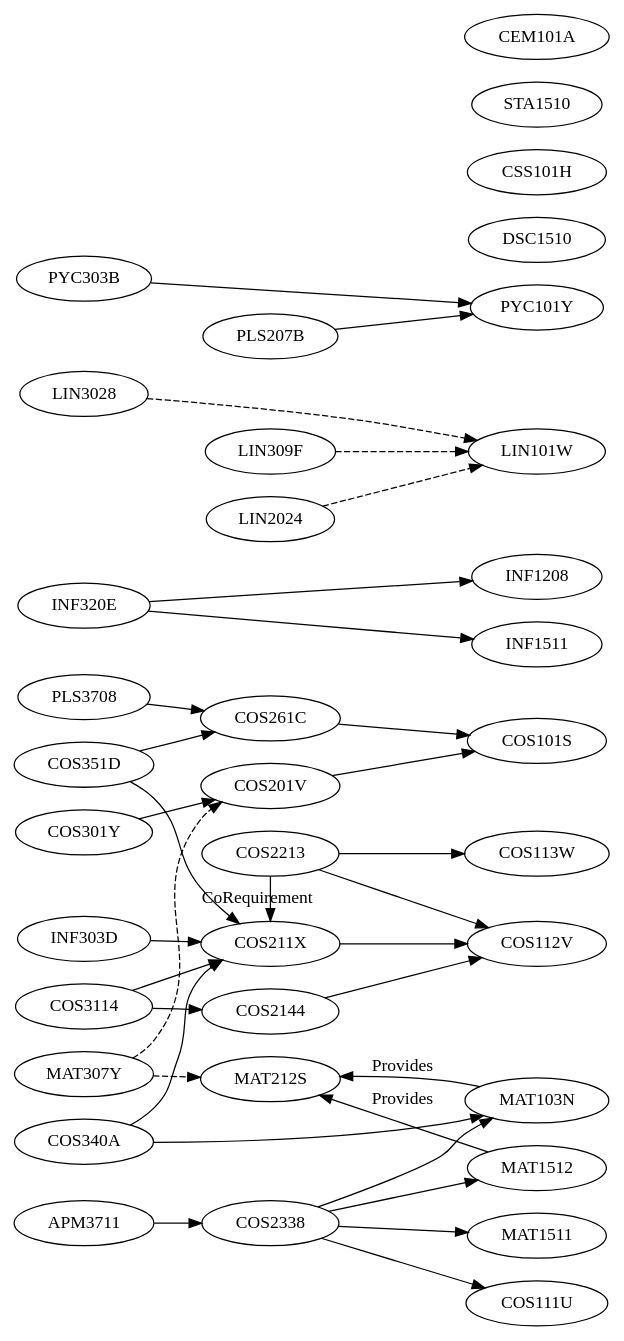
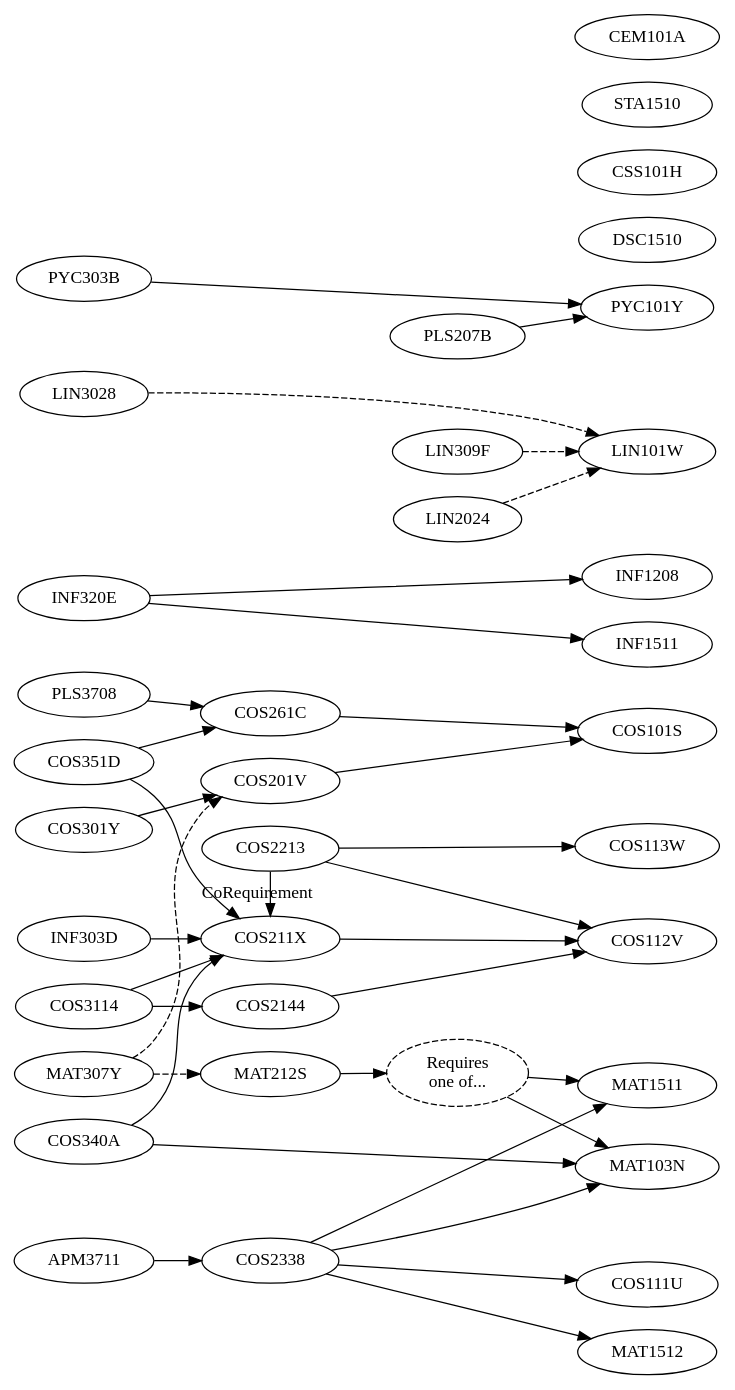
One commit to apauley/unisa-module-graph changed the diagram in ComputationalIntelligence.dot. Above: the diagram before and after it, drawn with Graphviz.

Commit message:
Replace "provides" backpointers with "require one of..."

```diff
--- a/ComputationalIntelligence.dot
+++ b/ComputationalIntelligence.dot
@@ -1,47 +1,45 @@
 digraph ComputationalIntelligence {
     rankdir=LR
 
     {rank=same; COS301Y INF320E COS351D PLS3708}
     {rank=same; COS3114 APM3711 MAT307Y COS340A}
     {rank=same; INF303D LIN3028 PYC303B}
 
     {rank=same; COS201V COS211X COS261C COS2144}
     {rank=same; COS2213 COS2338 MAT212S}
     {rank=same; LIN309F LIN2024 PLS207B}
 
     {rank=same; COS101S COS112V COS113W INF1208 MAT1512 MAT1511 MAT103N PYC101Y COS111U LIN101W INF1511}
     {rank=same; DSC1510 CSS101H STA1510 CEM101A}
     {rank=max; DSC1510 COS101S}
 
     COS301Y -> {COS201V}
     INF320E -> {INF1208 INF1511}
     COS351D -> {COS211X COS261C}
     PLS3708 -> {COS261C}
     PYC303B -> {PYC101Y}
 
     COS3114 -> {COS211X COS2144}
     APM3711 -> {COS2338}
     MAT307Y -> {MAT212S COS201V} [style=dashed]
     INF303D -> {COS211X}
     LIN3028 -> {LIN101W} [style=dashed]
     COS340A -> {COS211X MAT103N}
 
 
     COS201V -> {COS101S}
     COS211X -> {COS112V}
     COS261C -> {COS101S}
     COS2144 -> {COS112V}
 
     {rank=same; COS2213 COS211X}
     COS2213 -> {COS112V COS113W}
     COS2213 -> {COS211X} [label=CoRequirement]
     COS2338 -> {COS111U MAT103N MAT1511 MAT1512}
-    MAT212S
+    MAT103OR151 [label="Requires\none of...", style=dashed];
+    MAT212S -> {MAT103OR151}
+    MAT103OR151 -> {MAT103N MAT1511}
     LIN309F -> {LIN101W} [style=dashed]
     LIN2024 -> {LIN101W} [style=dashed]
     PLS207B -> {PYC101Y}
-
-
-    MAT103N -> {MAT212S} [label=Provides]
-    MAT1512 -> {MAT212S} [label=Provides]
 }
```
